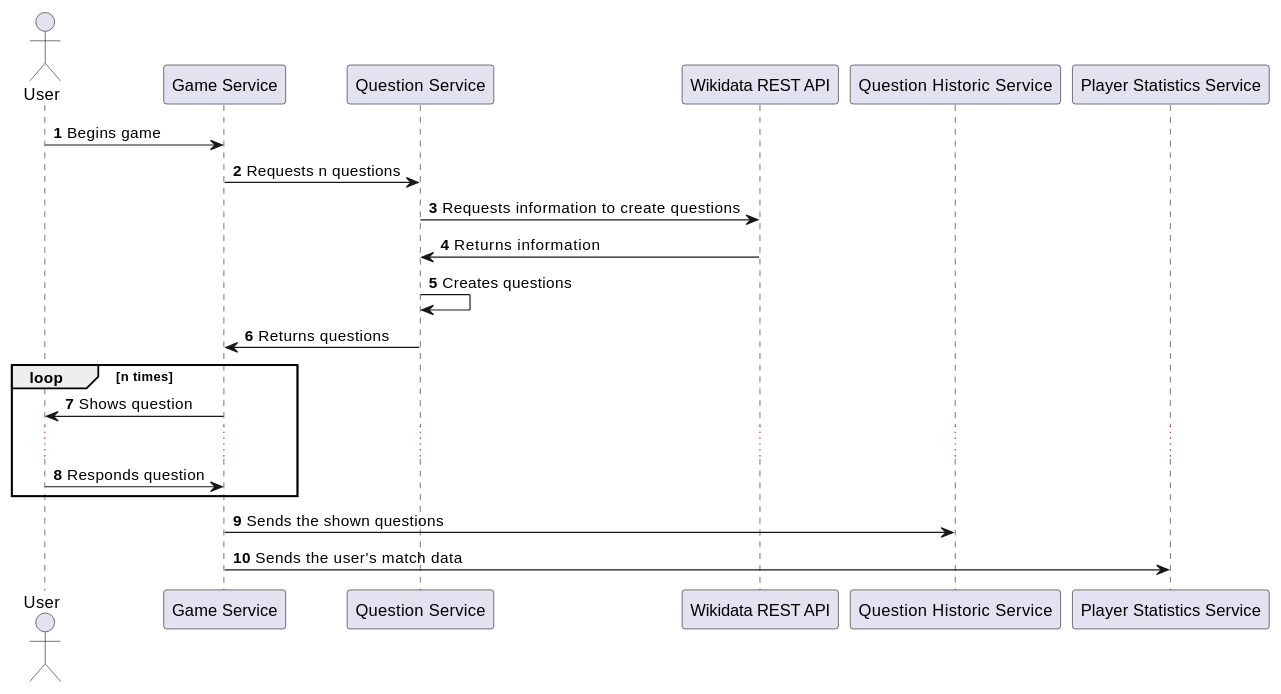
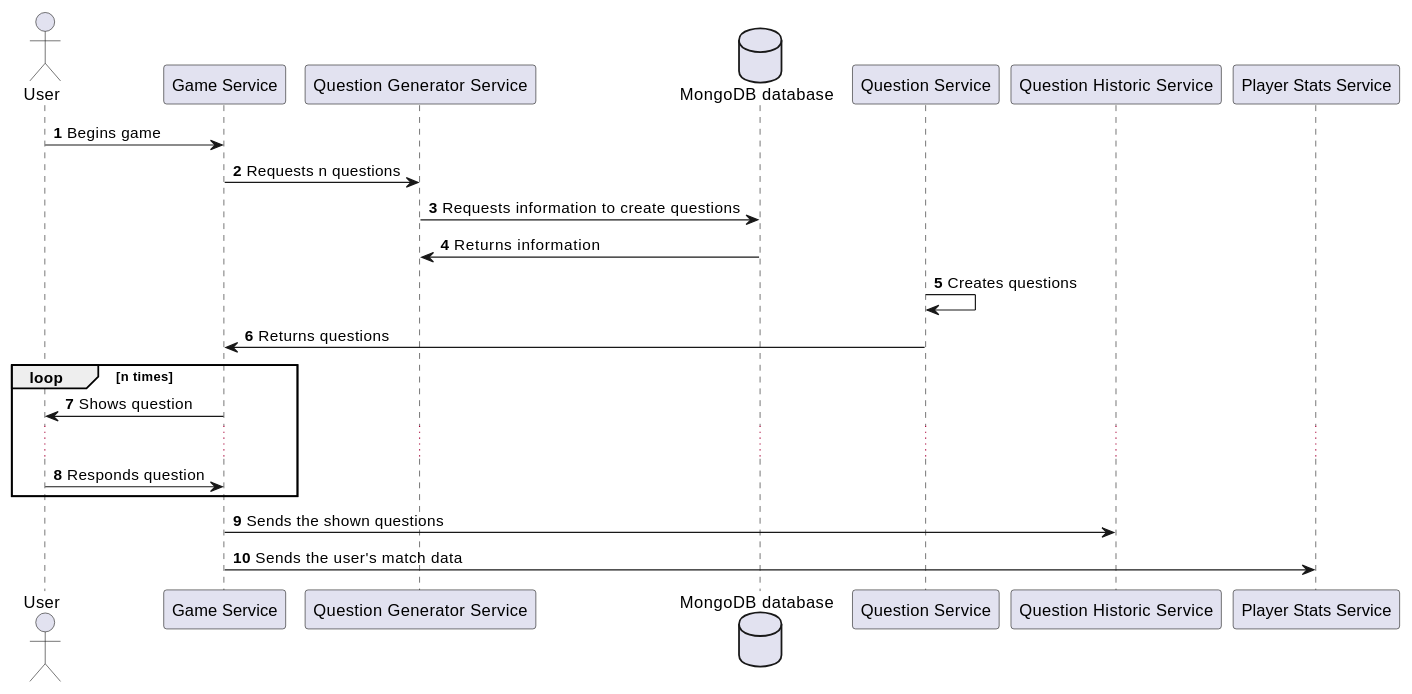
One commit to Arquisoft/wiq_es6c changed the first of 4 diagrams in docs/src/06_runtime_view.adoc. Above: the diagram before and after it, drawn with PlantUML. The commit also changed other lines of this file and 2 other files, not shown here.

Commit message:
Update graphs

```diff
--- a/docs/src/06_runtime_view.adoc
+++ b/docs/src/06_runtime_view.adoc
@@ -8,22 +8,25 @@
 [plantuml,"Question generation 1",png]
 ----
 autonumber
 
 actor "User" as user
 
 user -> "Game Service": Begins game
-"Game Service" -> "Question Service" : Requests n questions
-"Question Service" -> "Wikidata REST API" : Requests information to create questions
-"Wikidata REST API" -> "Question Service" : Returns information
+"Game Service" -> "Question Generator Service" : Requests n questions
+
+database "MongoDB database" as DB
+
+"Question Generator Service" -> DB : Requests information to create questions
+DB -> "Question Generator Service" : Returns information
 "Question Service" -> "Question Service" : Creates questions
 "Question Service" -> "Game Service" : Returns questions
 
 loop n times
     "Game Service" -> user : Shows question
     …
     user -> "Game Service" : Responds question
 end
 
 "Game Service" -> "Question Historic Service" : Sends the shown questions
-"Game Service" -> "Player Statistics Service" : Sends the  user's match data
+"Game Service" -> "Player Stats Service" : Sends the  user's match data
 ----
```
